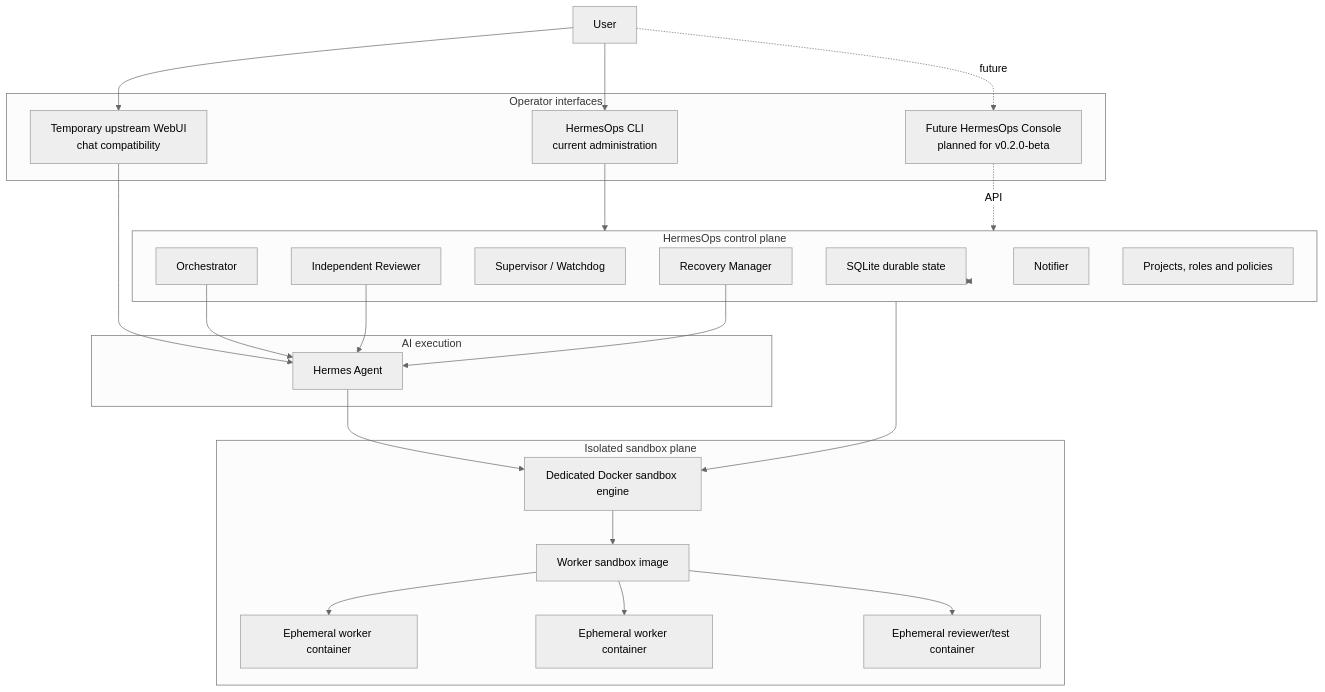
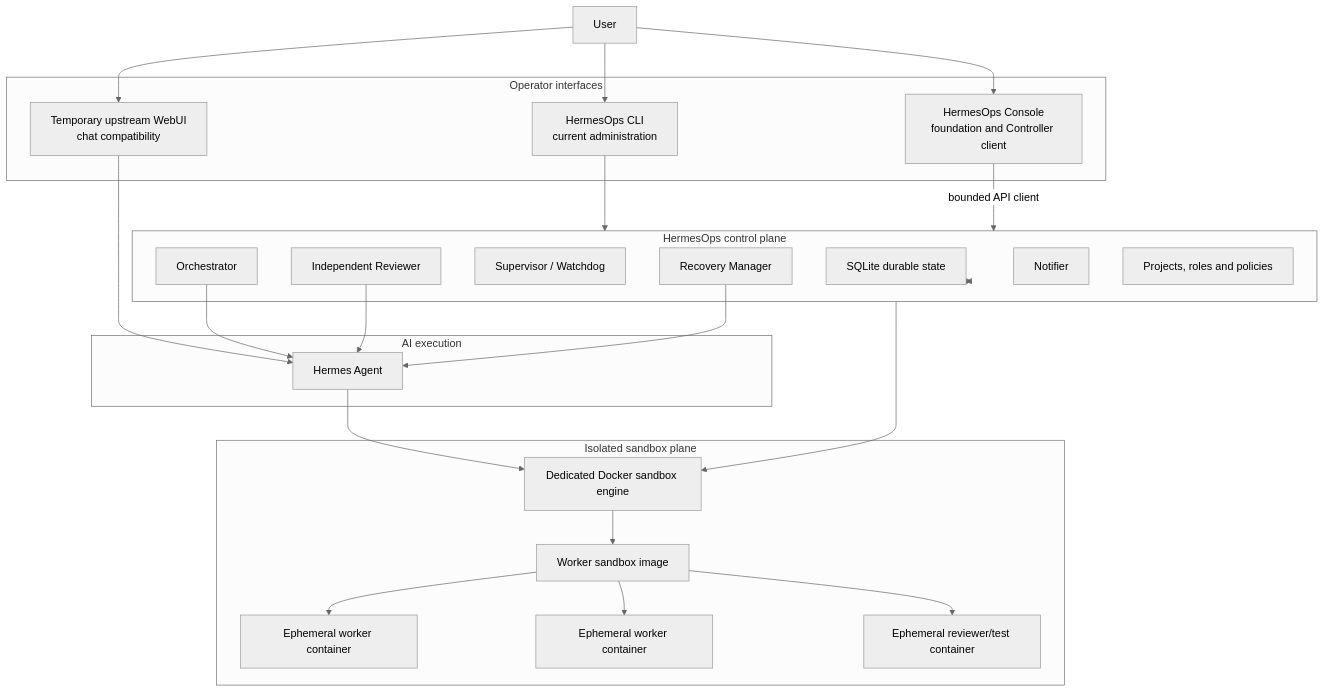
Before and after one commit to Bebet0o/HermesOps: the diagram in README.md, drawn with Mermaid (neutral theme). The commit also changed other lines of this file and 23 other files, not shown here.

Commit message:
feat: add browser session and Controller client

````diff
--- a/README.md
+++ b/README.md
@@ -109,52 +113,52 @@
 ```mermaid
 flowchart TB
     USER["User"]
 
     subgraph UI["Operator interfaces"]
         CLI["HermesOps CLI<br/>current administration"]
         WEB["Temporary upstream WebUI<br/>chat compatibility"]
-        FUTURE["Future HermesOps Console<br/>planned for v0.2.0-beta"]
+        FUTURE["HermesOps Console<br/>foundation and Controller client"]
     end
 
     subgraph CONTROL["HermesOps control plane"]
         DB["SQLite durable state"]
         ORCH["Orchestrator"]
         SUP["Supervisor / Watchdog"]
         REVIEW["Independent Reviewer"]
         RECOVERY["Recovery Manager"]
         NOTIFY["Notifier"]
         REGISTRY["Projects, roles and policies"]
     end
 
     subgraph AI["AI execution"]
         AGENT["Hermes Agent"]
     end
 
     subgraph SANDBOX["Isolated sandbox plane"]
         ENGINE["Dedicated Docker sandbox engine"]
         IMAGE["Worker sandbox image"]
         W1["Ephemeral worker container"]
         W2["Ephemeral worker container"]
         W3["Ephemeral reviewer/test container"]
     end
 
     USER --> CLI
     USER --> WEB
-    USER -. future .-> FUTURE
+    USER --> FUTURE
 
     CLI --> CONTROL
-    FUTURE -. API .-> CONTROL
+    FUTURE -->|bounded API client| CONTROL
     WEB --> AGENT
 
     CONTROL <--> DB
     ORCH --> AGENT
     REVIEW --> AGENT
     RECOVERY --> AGENT
     CONTROL --> ENGINE
 
     AGENT --> ENGINE
     ENGINE --> IMAGE
     IMAGE --> W1
     IMAGE --> W2
     IMAGE --> W3
 ```
````
